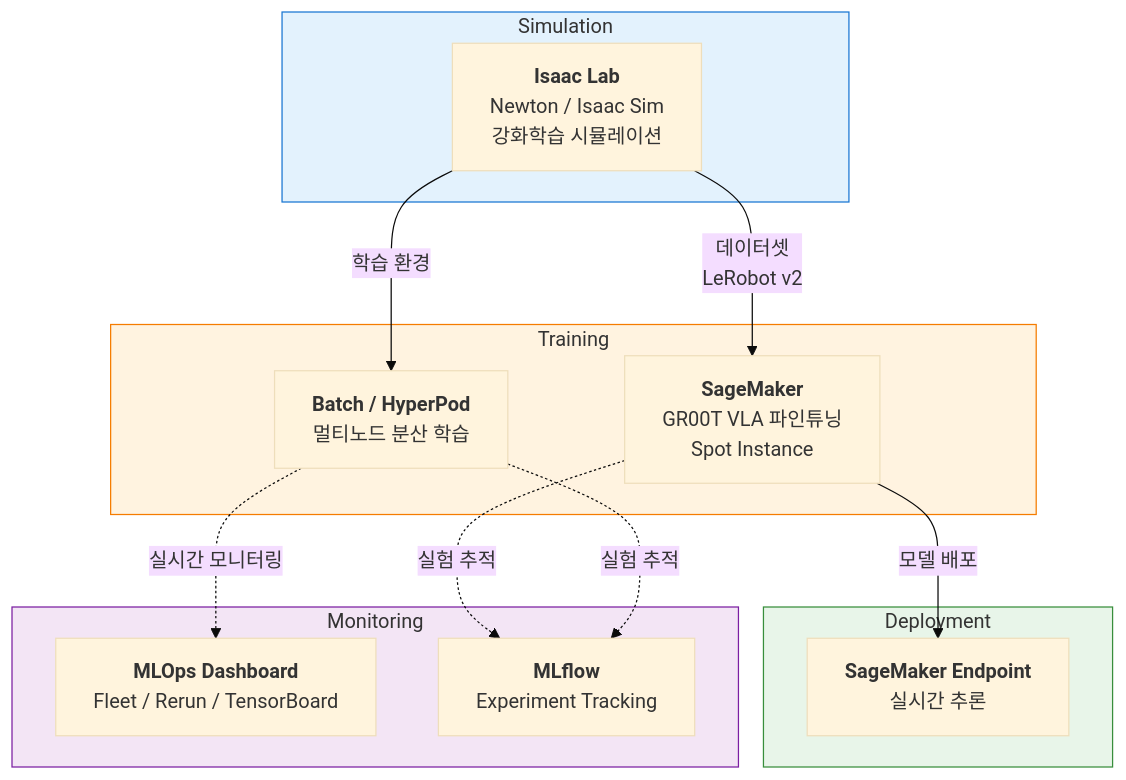
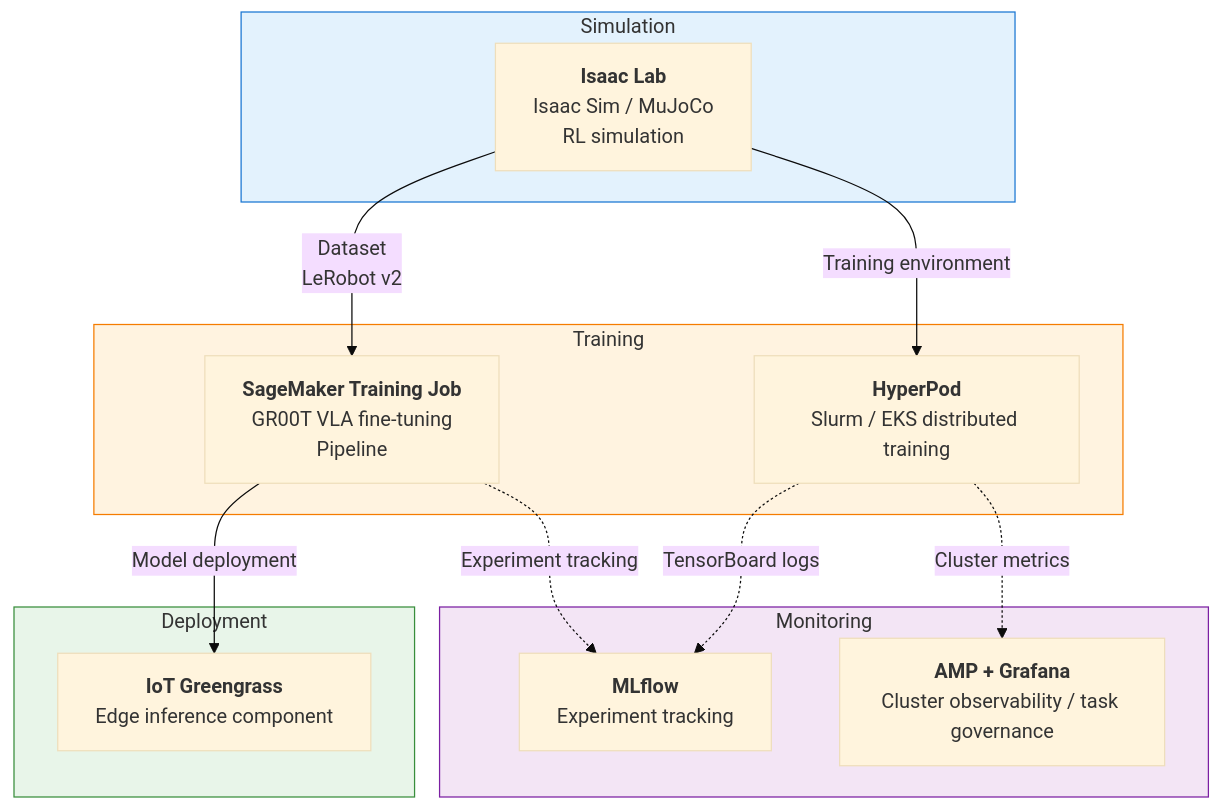
Before and after one commit to hi-space/aws-physical-ai-recipes: the diagram in README.md, drawn with Mermaid (base theme). The commit also changed other lines of this file and 27 other files, not shown here.

````diff
--- a/README.md
+++ b/README.md
@@ -72,32 +66,32 @@
 ```mermaid
 graph TB
     subgraph SIM ["Simulation"]
-        A["<b>Isaac Lab</b><br/>Newton / Isaac Sim<br/>강화학습 시뮬레이션"]
+        A["<b>Isaac Lab</b><br/>Isaac Sim / MuJoCo<br/>RL simulation"]
     end
 
     subgraph TRAIN ["Training"]
-        B["<b>SageMaker</b><br/>GR00T VLA 파인튜닝<br/>Spot Instance"]
-        C["<b>Batch / HyperPod</b><br/>멀티노드 분산 학습"]
+        B["<b>SageMaker Training Job</b><br/>GR00T VLA fine-tuning<br/>Pipeline"]
+        C["<b>HyperPod</b><br/>Slurm / EKS distributed training"]
     end
 
     subgraph DEPLOY ["Deployment"]
-        D["<b>SageMaker Endpoint</b><br/>실시간 추론"]
+        D["<b>IoT Greengrass</b><br/>Edge inference component"]
     end
 
     subgraph MONITOR ["Monitoring"]
-        E["<b>MLOps Dashboard</b><br/>Fleet / Rerun / TensorBoard"]
-        F["<b>MLflow</b><br/>Experiment Tracking"]
+        E["<b>MLflow</b><br/>Experiment tracking"]
+        F["<b>AMP + Grafana</b><br/>Cluster observability / task governance"]
     end
 
-    A -->|"데이터셋<br/>LeRobot v2"| B
-    A -->|"학습 환경"| C
-    B -->|"모델 배포"| D
-    C -.->|"실시간 모니터링"| E
-    B -.->|"실험 추적"| F
-    C -.->|"실험 추적"| F
+    A -->|"Dataset<br/>LeRobot v2"| B
+    A -->|"Training environment"| C
+    B -->|"Model deployment"| D
+    B -.->|"Experiment tracking"| E
+    C -.->|"TensorBoard logs"| E
+    C -.->|"Cluster metrics"| F
 
     style SIM fill:#e3f2fd,stroke:#1976d2,color:#333
     style TRAIN fill:#fff3e0,stroke:#f57c00,color:#333
     style DEPLOY fill:#e8f5e9,stroke:#388e3c,color:#333
     style MONITOR fill:#f3e5f5,stroke:#7b1fa2,color:#333
 ```
````
